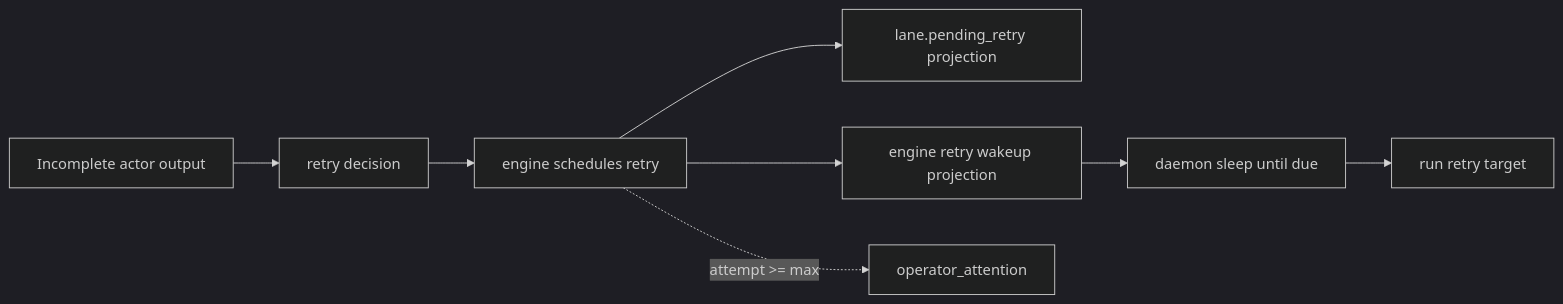
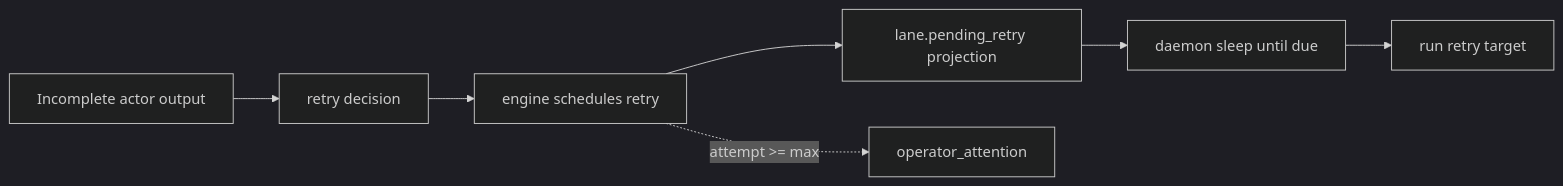
The seventh of 8 diagrams in docs/architecture.md (moustafattia/daedalus), drawn with Mermaid (dark theme) before and after one commit. The commit also changed other lines of this file and 195 other files, not shown here.

````diff
--- a/docs/architecture.md
+++ b/docs/architecture.md
@@ -821,15 +740,13 @@
 ```mermaid
 flowchart LR
     FailedOutput["Incomplete actor output"]
     Orchestrator["retry decision"]
     EngineRetry["engine schedules retry"]
     Pending["lane.pending_retry projection"]
-    Wakeup["engine retry wakeup projection"]
     Sleep["daemon sleep until due"]
     Dispatch["run retry target"]
     Limit["operator_attention"]
 
-    FailedOutput --> Orchestrator --> EngineRetry --> Pending
-    EngineRetry --> Wakeup --> Sleep --> Dispatch
+    FailedOutput --> Orchestrator --> EngineRetry --> Pending --> Sleep --> Dispatch
     EngineRetry -. "attempt >= max" .-> Limit
 ```
````
